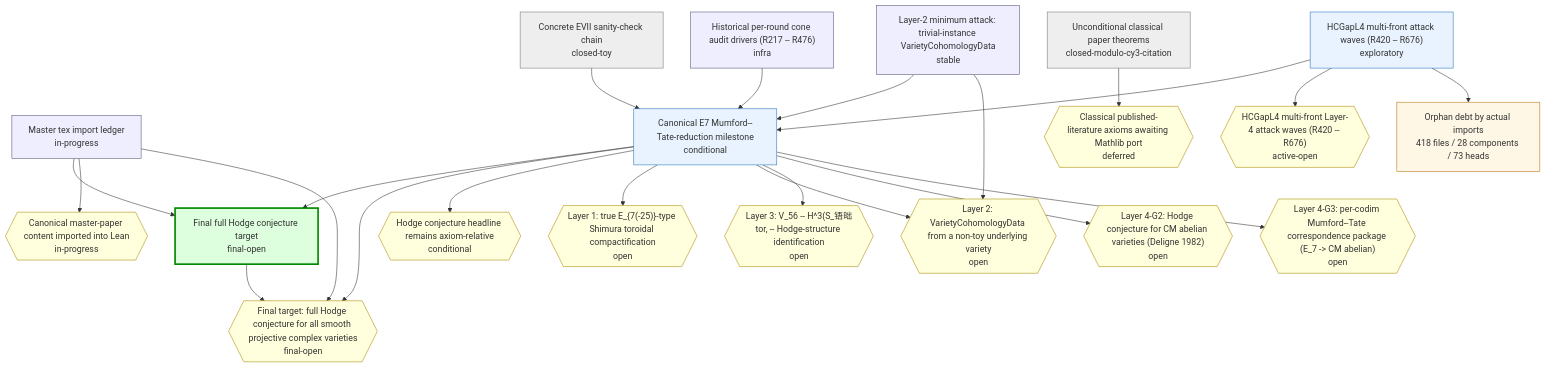
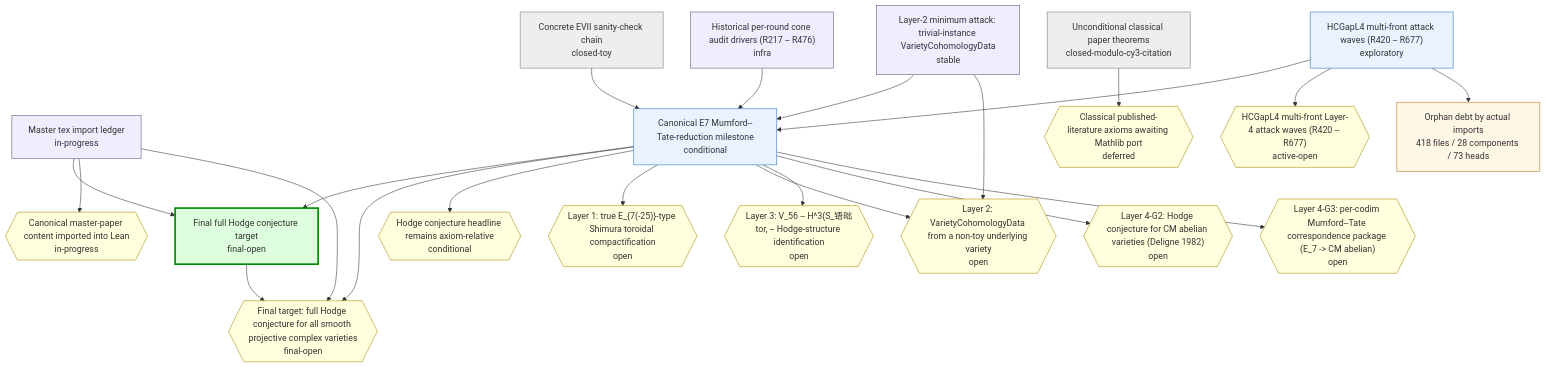
The first of 2 diagrams in chain-status/research-map.md (crabsatellite/hodge-conjecture-lean4-formalization), drawn with Mermaid before and after one commit. The commit also changed other lines of this file and 8 other files, not shown here.

````diff
--- a/chain-status/research-map.md
+++ b/chain-status/research-map.md
@@ -46,54 +46,54 @@
 ```mermaid
 graph TD
   classDef main fill:#dfd,stroke:#080,stroke-width:3px
   classDef active fill:#e8f3ff,stroke:#2670b8
   classDef support fill:#eef,stroke:#557
   classDef closed fill:#eee,stroke:#777
   classDef dead fill:#fdd,stroke:#a00,stroke-width:2px
   classDef gapOpen fill:#ffd,stroke:#a80
   classDef gapClosed fill:#eee,stroke:#777
   classDef gapDead fill:#fdd,stroke:#a00
   classDef debt fill:#fff7e6,stroke:#b87514
   classDef debtTaxonomy fill:#e8f3ff,stroke:#2670b8,stroke-dasharray:3 3
   classDef debtRule fill:#eefbea,stroke:#398439,stroke-dasharray:3 3
   classDef debtDead fill:#fdd,stroke:#a00,stroke-dasharray:3 3
   chain_full_hc_final_target["Final full Hodge conjecture target\nfinal-open"]:::main
   chain_master_paper_import_ledger["Master tex import ledger\nin-progress"]:::support
   chain_main_hc_axiom_relative["Canonical E7 Mumford--Tate-reduction milestone\nconditional"]:::active
   chain_unconditional_classical["Unconditional classical paper theorems\nclosed-modulo-cy3-citation"]:::closed
   chain_hcgap_l2_trivial_instances["Layer-2 minimum attack: trivial-instance VarietyCohomologyData\nstable"]:::support
-  chain_hcgap_l4_multifront_active["HCGapL4 multi-front attack waves (R420 -- R676)\nexploratory"]:::active
+  chain_hcgap_l4_multifront_active["HCGapL4 multi-front attack waves (R420 -- R677)\nexploratory"]:::active
   chain_concrete_evii_toy["Concrete EVII sanity-check chain\nclosed-toy"]:::closed
   chain_historical_cone_audits["Historical per-round cone audit drivers (R217 -- R476)\ninfra"]:::support
   gap_G_full_hc{{"Final target: full Hodge conjecture for all smooth projective complex varieties\nfinal-open"}}:::gapOpen
   gap_G_master_paper_import{{"Canonical master-paper content imported into Lean\nin-progress"}}:::gapOpen
   gap_G_main_hc{{"Hodge conjecture headline remains axiom-relative\nconditional"}}:::gapOpen
   gap_G_l1_e7_shimura_tor{{"Layer 1: true E_{7(-25)}-type Shimura toroidal compactification\nopen"}}:::gapOpen
   gap_G_l2_cohomology_construction{{"Layer 2: VarietyCohomologyData from a non-toy underlying variety\nopen"}}:::gapOpen
   gap_G_l3_v56_mt_identification{{"Layer 3: V_56 -- H^3(S_铻昢tor, -- Hodge-structure identification\nopen"}}:::gapOpen
   gap_G_l4_cm_abelian_hc{{"Layer 4-G2: Hodge conjecture for CM abelian varieties (Deligne 1982)\nopen"}}:::gapOpen
   gap_G_l4_mt_correspondence{{"Layer 4-G3: per-codim Mumford--Tate correspondence package (E_7 -> CM abelian)\nopen"}}:::gapOpen
   gap_G_classical_mathlib_port{{"Classical published-literature axioms awaiting Mathlib port\ndeferred"}}:::gapOpen
-  gap_G_hcgap_l4_multifront{{"HCGapL4 multi-front Layer-4 attack waves (R420 -- R676)\nactive-open"}}:::gapOpen
+  gap_G_hcgap_l4_multifront{{"HCGapL4 multi-front Layer-4 attack waves (R420 -- R677)\nactive-open"}}:::gapOpen
   chain_full_hc_final_target --> gap_G_full_hc
   chain_master_paper_import_ledger --> chain_full_hc_final_target
   chain_master_paper_import_ledger --> gap_G_master_paper_import
   chain_master_paper_import_ledger --> gap_G_full_hc
   chain_main_hc_axiom_relative --> chain_full_hc_final_target
   chain_main_hc_axiom_relative --> gap_G_full_hc
   chain_main_hc_axiom_relative --> gap_G_main_hc
   chain_main_hc_axiom_relative --> gap_G_l1_e7_shimura_tor
   chain_main_hc_axiom_relative --> gap_G_l2_cohomology_construction
   chain_main_hc_axiom_relative --> gap_G_l3_v56_mt_identification
   chain_main_hc_axiom_relative --> gap_G_l4_cm_abelian_hc
   chain_main_hc_axiom_relative --> gap_G_l4_mt_correspondence
   chain_unconditional_classical --> gap_G_classical_mathlib_port
   chain_hcgap_l2_trivial_instances --> chain_main_hc_axiom_relative
   chain_hcgap_l2_trivial_instances --> gap_G_l2_cohomology_construction
   chain_hcgap_l4_multifront_active --> chain_main_hc_axiom_relative
   chain_hcgap_l4_multifront_active --> gap_G_hcgap_l4_multifront
   chain_concrete_evii_toy --> chain_main_hc_axiom_relative
   chain_historical_cone_audits --> chain_main_hc_axiom_relative
   debt_all["Orphan debt by actual imports\n418 files / 28 components / 73 heads"]:::debt
   chain_hcgap_l4_multifront_active --> debt_all
 ```
````
